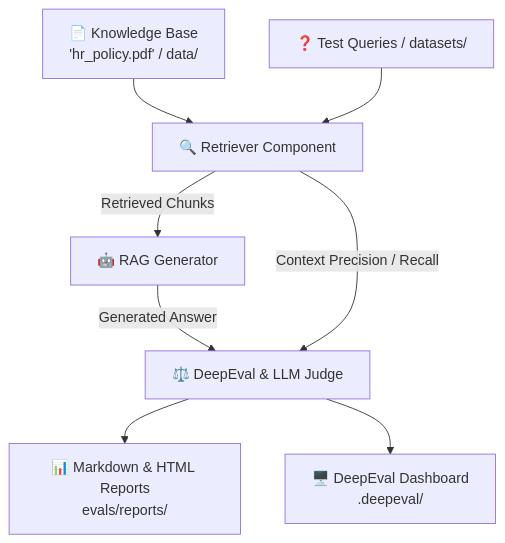
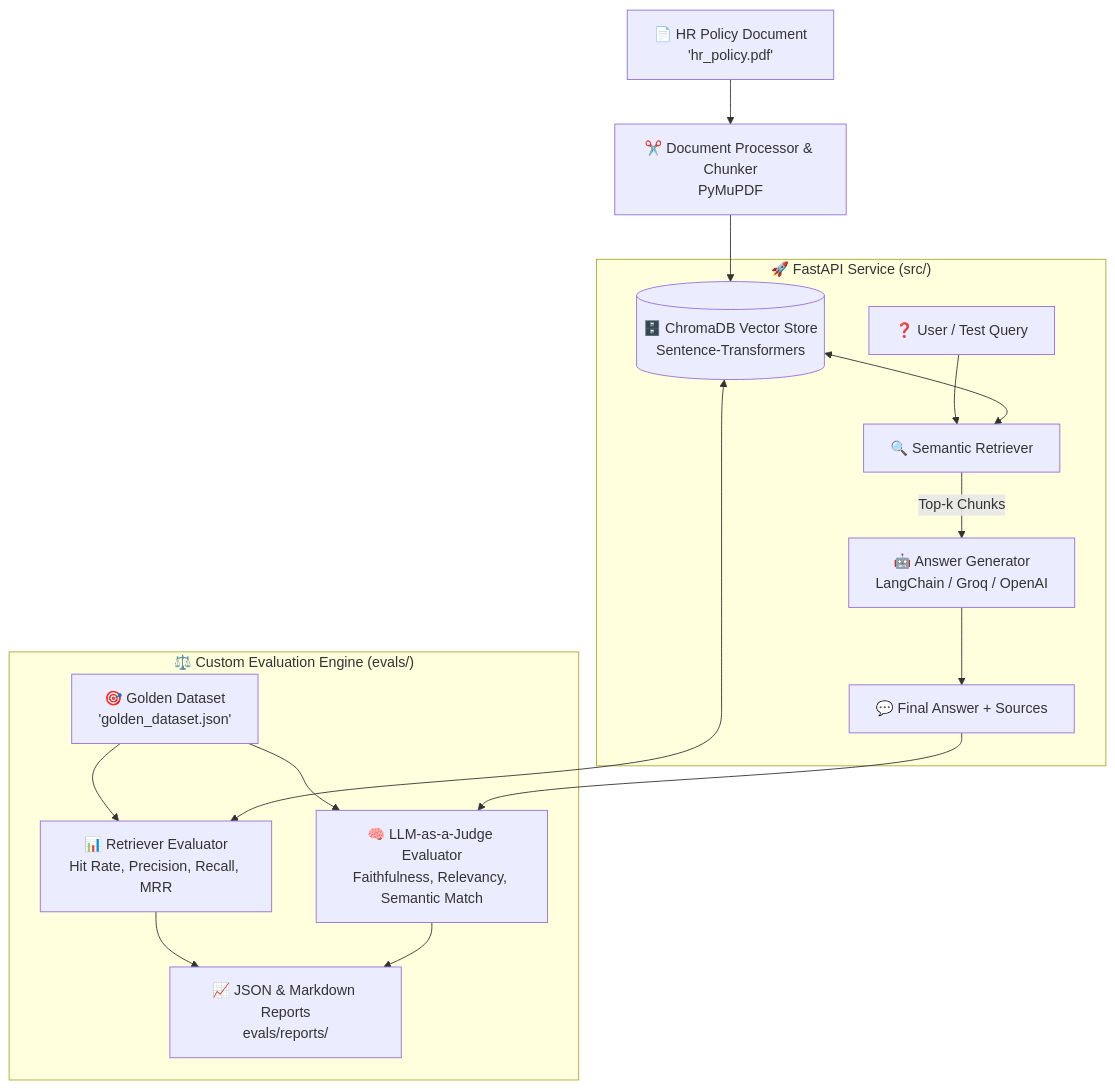
Before and after one commit to shubhamacharya02/llm_evals: the first of 2 diagrams in README.md, drawn with Mermaid. The commit also changed other lines of this file, not shown here.

Commit message:
docs: update README with LangChain, ChromaDB, FastAPI and custom LLM-judge

````diff
--- a/README.md
+++ b/README.md
@@ -26,10 +23,21 @@
 ```mermaid
 flowchart TD
-    A[📄 Knowledge Base\n'hr_policy.pdf' / data/] --> B[🔍 Retriever Component]
-    C[❓ Test Queries / datasets/] --> B
-    B -->|Retrieved Chunks| D[🤖 RAG Generator]
-    D -->|Generated Answer| E[⚖️ DeepEval & LLM Judge]
-    B -->|Context Precision / Recall| E
-    E --> F[📊 Markdown & HTML Reports\nevals/reports/]
-    E --> G[🖥️ DeepEval Dashboard\n.deepeval/]
+    A[📄 HR Policy Document\n'hr_policy.pdf'] --> B[✂️ Document Processor & Chunker\nPyMuPDF]
+    B --> C[(🗄️ ChromaDB Vector Store\nSentence-Transformers)]
+    
+    subgraph Serving ["🚀 FastAPI Service (src/)"]
+        D[❓ User / Test Query] --> E[🔍 Semantic Retriever]
+        C <--> E
+        E -->|Top-k Chunks| F[🤖 Answer Generator\nLangChain / Groq / OpenAI]
+        F --> G[💬 Final Answer + Sources]
+    end
+
+    subgraph Evaluation ["⚖️ Custom Evaluation Engine (evals/)"]
+        H[🎯 Golden Dataset\n'golden_dataset.json'] --> I[📊 Retriever Evaluator\nHit Rate, Precision, Recall, MRR]
+        C <--> I
+        H --> J[🧠 LLM-as-a-Judge Evaluator\nFaithfulness, Relevancy, Semantic Match]
+        G --> J
+        I --> K[📈 JSON & Markdown Reports\nevals/reports/]
+        J --> K
+    end
 ```
````
